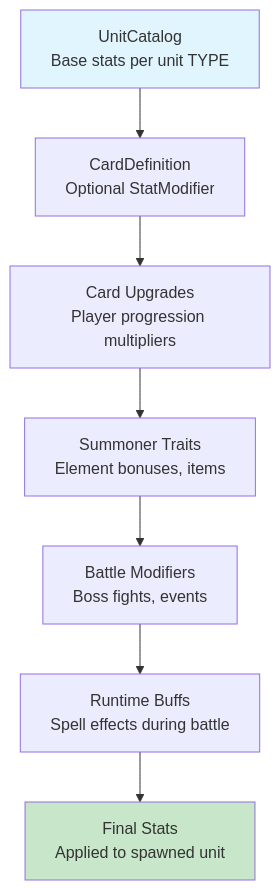
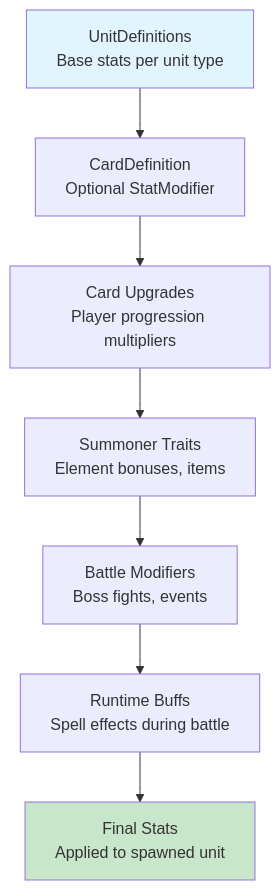
The diagram in docs/technical/runtime/unit-stat-pipeline.md (amari-charles/project-summoner), drawn with Mermaid before and after one commit. The commit also changed other lines of this file and 40 other files, not shown here.

````diff
--- a/docs/technical/runtime/unit-stat-pipeline.md
+++ b/docs/technical/runtime/unit-stat-pipeline.md
@@ -11,13 +11,13 @@
 ```mermaid
 flowchart TD
-    UC[UnitCatalog<br/>Base stats per unit TYPE]
+    UC[UnitDefinitions<br/>Base stats per unit type]
     UC --> CD[CardDefinition<br/>Optional StatModifier]
     CD --> CU[Card Upgrades<br/>Player progression multipliers]
     CU --> ST[Summoner Traits<br/>Element bonuses, items]
     ST --> BM[Battle Modifiers<br/>Boss fights, events]
     BM --> RB[Runtime Buffs<br/>Spell effects during battle]
     RB --> FS[Final Stats<br/>Applied to spawned unit]
 
     style UC fill:#e1f5fe
     style FS fill:#c8e6c9
 ```
````
